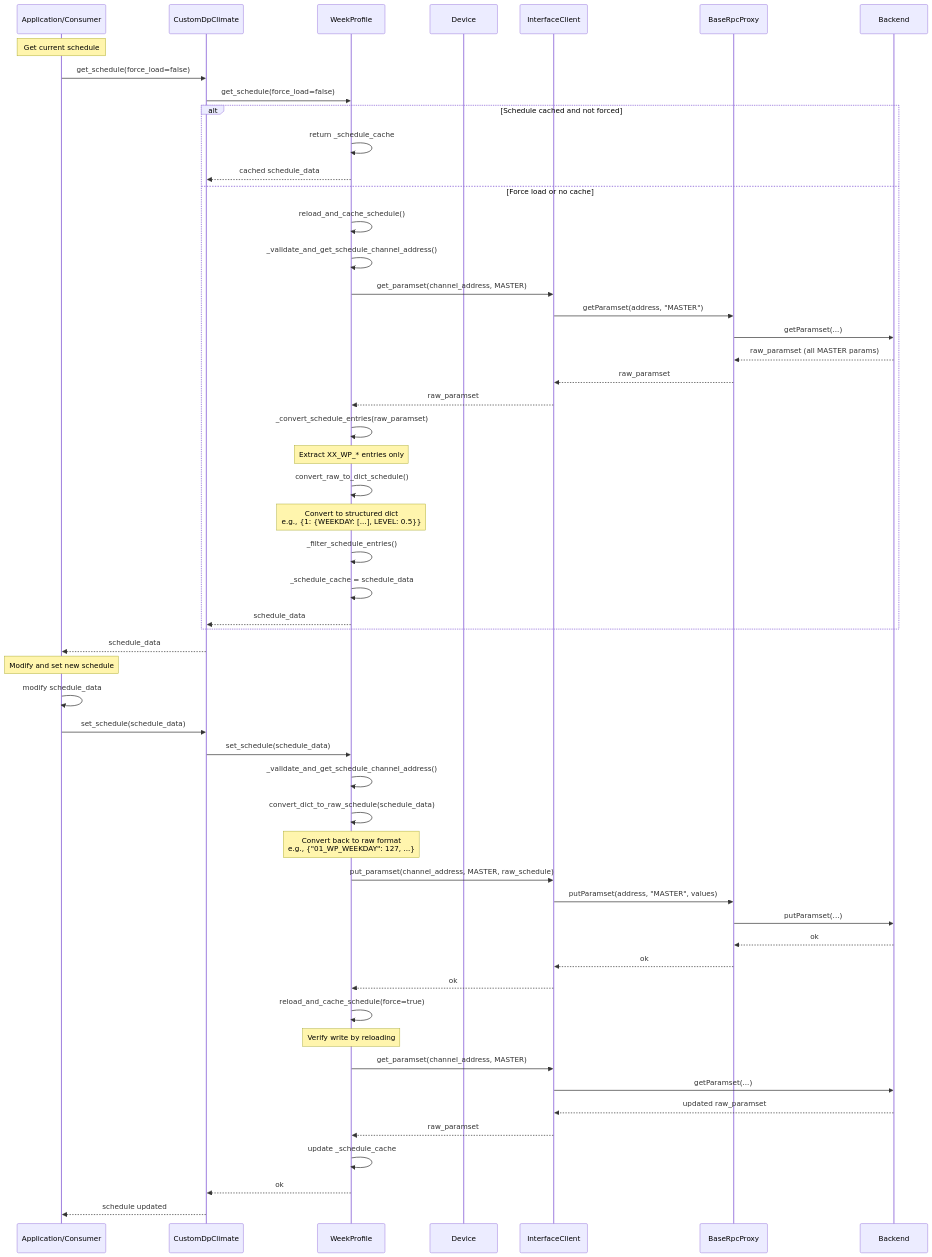
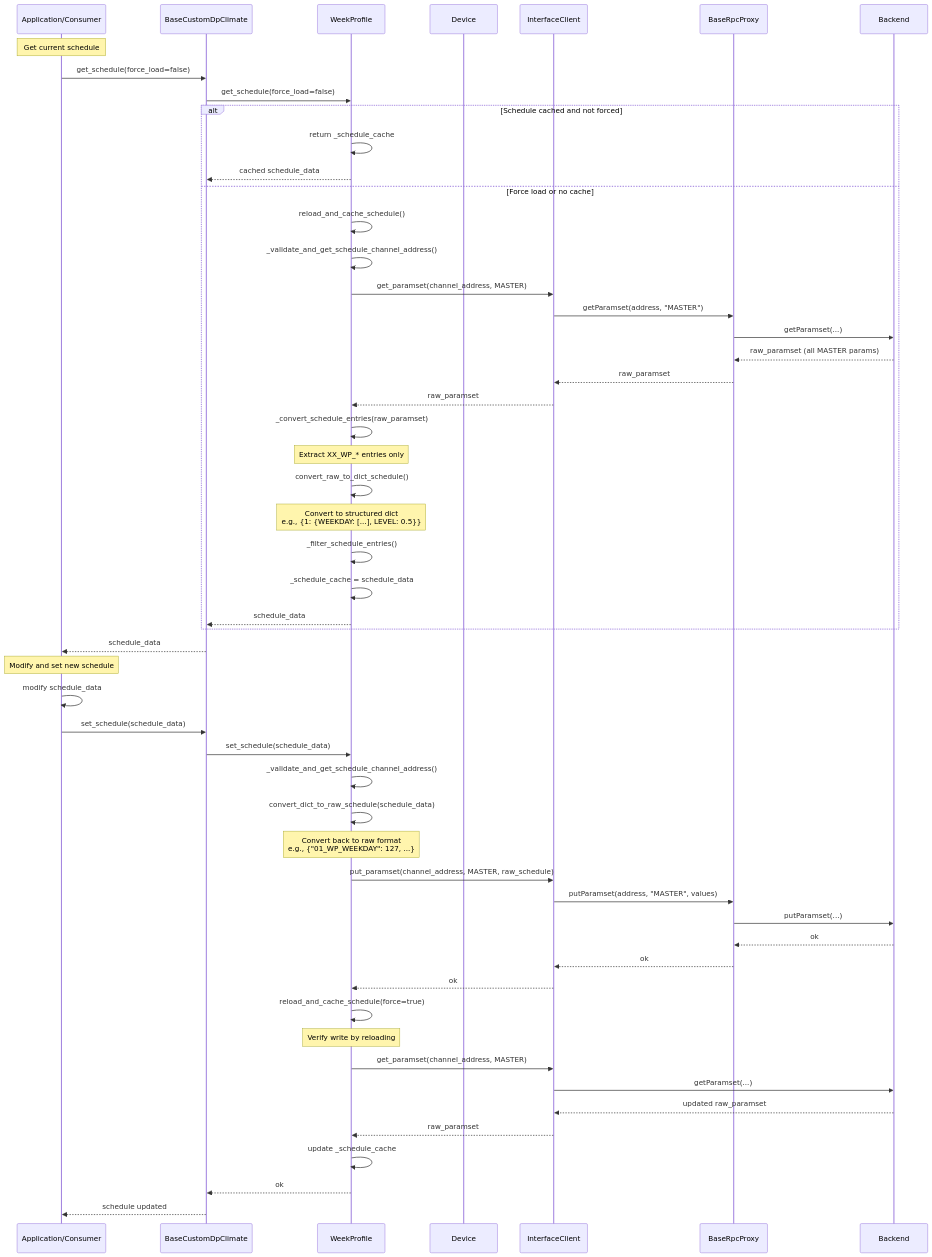
Diagram 11 of 17 in docs/architecture/sequence_diagrams.md (SukramJ/aiohomematic), drawn with Mermaid before and after one commit. The commit also changed other lines of this file and 17 other files, not shown here.

````diff
--- a/docs/architecture/sequence_diagrams.md
+++ b/docs/architecture/sequence_diagrams.md
@@ -907,71 +912,71 @@
 ```mermaid
 sequenceDiagram
   participant App as Application/Consumer
-  participant DP as CustomDpClimate
+  participant DP as BaseCustomDpClimate
   participant WP as WeekProfile
   participant D as Device
   participant CX as InterfaceClient
   participant Proxy as BaseRpcProxy
   participant CCU as Backend
 
   Note over App: Get current schedule
 
   App->>DP: get_schedule(force_load=false)
   DP->>WP: get_schedule(force_load=false)
 
   alt Schedule cached and not forced
     WP->>WP: return _schedule_cache
     WP-->>DP: cached schedule_data
   else Force load or no cache
     WP->>WP: reload_and_cache_schedule()
     WP->>WP: _validate_and_get_schedule_channel_address()
 
     WP->>CX: get_paramset(channel_address, MASTER)
     CX->>Proxy: getParamset(address, "MASTER")
     Proxy->>CCU: getParamset(...)
     CCU-->>Proxy: raw_paramset (all MASTER params)
     Proxy-->>CX: raw_paramset
     CX-->>WP: raw_paramset
 
     WP->>WP: _convert_schedule_entries(raw_paramset)
     Note over WP: Extract XX_WP_* entries only
 
     WP->>WP: convert_raw_to_dict_schedule()
     Note over WP: Convert to structured dict<br/>e.g., {1: {WEEKDAY: [...], LEVEL: 0.5}}
 
     WP->>WP: _filter_schedule_entries()
     WP->>WP: _schedule_cache = schedule_data
     WP-->>DP: schedule_data
   end
 
   DP-->>App: schedule_data
 
   Note over App: Modify and set new schedule
 
   App->>App: modify schedule_data
   App->>DP: set_schedule(schedule_data)
   DP->>WP: set_schedule(schedule_data)
 
   WP->>WP: _validate_and_get_schedule_channel_address()
   WP->>WP: convert_dict_to_raw_schedule(schedule_data)
   Note over WP: Convert back to raw format<br/>e.g., {"01_WP_WEEKDAY": 127, ...}
 
   WP->>CX: put_paramset(channel_address, MASTER, raw_schedule)
   CX->>Proxy: putParamset(address, "MASTER", values)
   Proxy->>CCU: putParamset(...)
   CCU-->>Proxy: ok
   Proxy-->>CX: ok
   CX-->>WP: ok
 
   WP->>WP: reload_and_cache_schedule(force=true)
   Note over WP: Verify write by reloading
 
   WP->>CX: get_paramset(channel_address, MASTER)
   CX->>CCU: getParamset(...)
   CCU-->>CX: updated raw_paramset
   CX-->>WP: raw_paramset
   WP->>WP: update _schedule_cache
   WP-->>DP: ok
 
   DP-->>App: schedule updated
 ```
````
